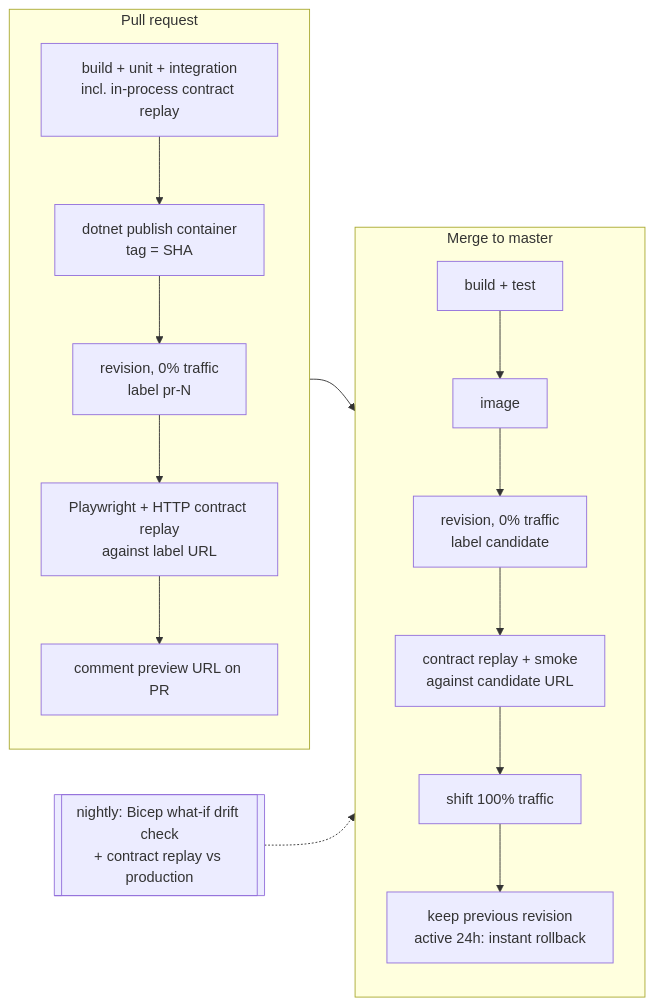
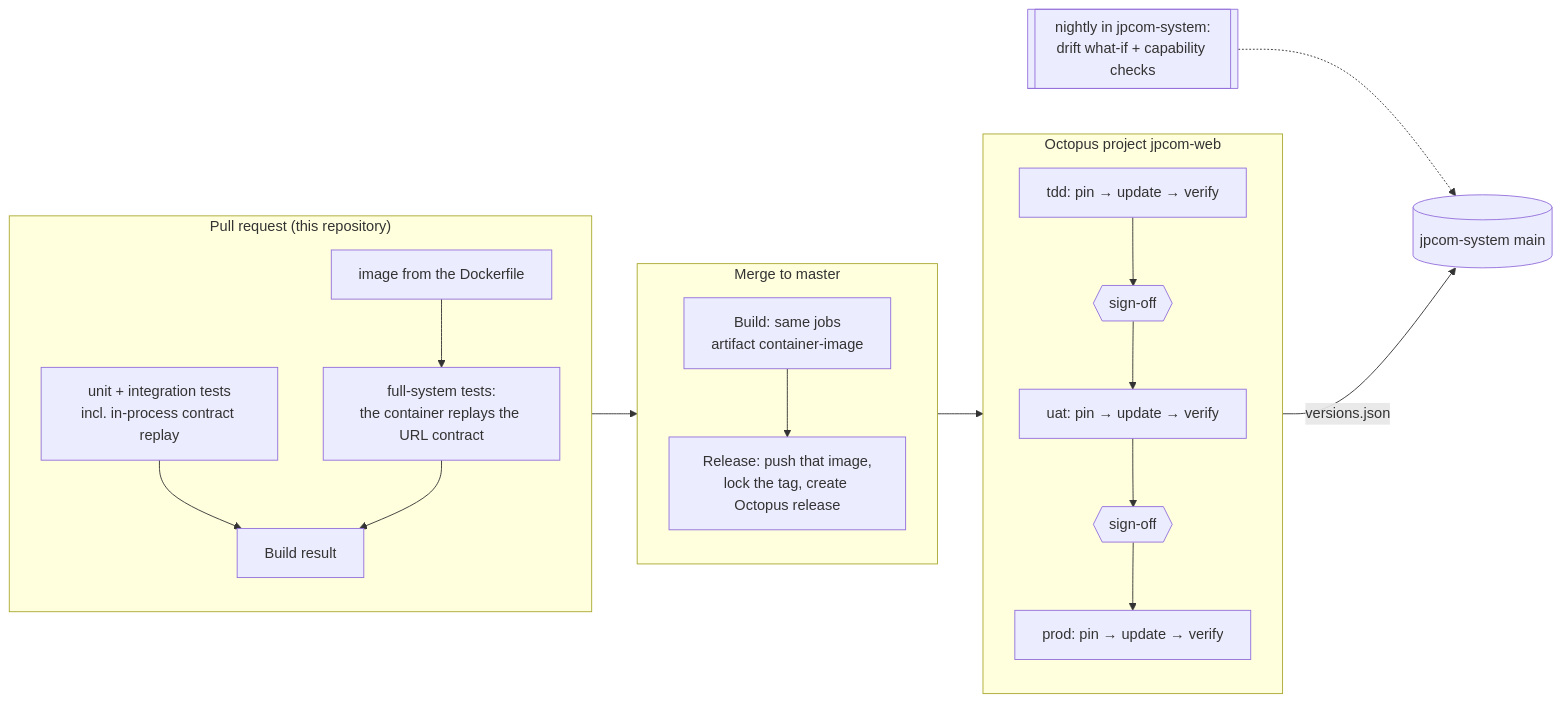
The seventh of 7 diagrams in docs/architecture/README.md (jeffreypalermo-sites/jeffreypalermo.com), drawn with Mermaid before and after one commit. The commit also changed other lines of this file and 16 other files, not shown here.

````diff
--- a/docs/architecture/README.md
+++ b/docs/architecture/README.md
@@ -371,11 +395,18 @@
 ```mermaid
 flowchart LR
-    subgraph PR["Pull request"]
-        b1[build + unit + integration<br/>incl. in-process contract replay] --> c1[dotnet publish container<br/>tag = SHA] --> r1[revision, 0% traffic<br/>label pr-N] --> v1[Playwright + HTTP contract replay<br/>against label URL] --> cm[comment preview URL on PR]
+    subgraph PR["Pull request (this repository)"]
+        t1[unit + integration tests<br/>incl. in-process contract replay]
+        i1[image from the Dockerfile] --> f1[full-system tests:<br/>the container replays the URL contract]
+        t1 --> br[Build result]
+        f1 --> br
     end
     subgraph Main["Merge to master"]
-        b2[build + test] --> c2[image] --> r2[revision, 0% traffic<br/>label candidate] --> v2[contract replay + smoke<br/>against candidate URL] --> t[shift 100% traffic] --> keep[keep previous revision<br/>active 24h: instant rollback]
+        b2[Build: same jobs<br/>artifact container-image] --> rel[Release: push that image,<br/>lock the tag, create Octopus release]
     end
-    PR --> Main
-    nightly[[nightly: Bicep what-if drift check<br/>+ contract replay vs production]] -.-> Main
+    subgraph Octo["Octopus project jpcom-web"]
+        tdd[tdd: pin → update → verify] --> so1{{sign-off}} --> uat[uat: pin → update → verify] --> so2{{sign-off}} --> prod[prod: pin → update → verify]
+    end
+    PR --> Main --> Octo
+    Octo -- "versions.json" --> sys[(jpcom-system main)]
+    nightly[[nightly in jpcom-system:<br/>drift what-if + capability checks]] -.-> sys
 ```
````
